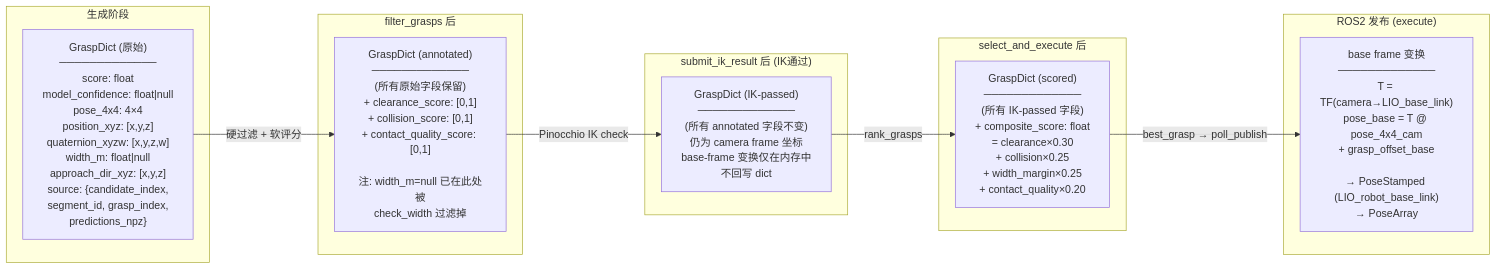
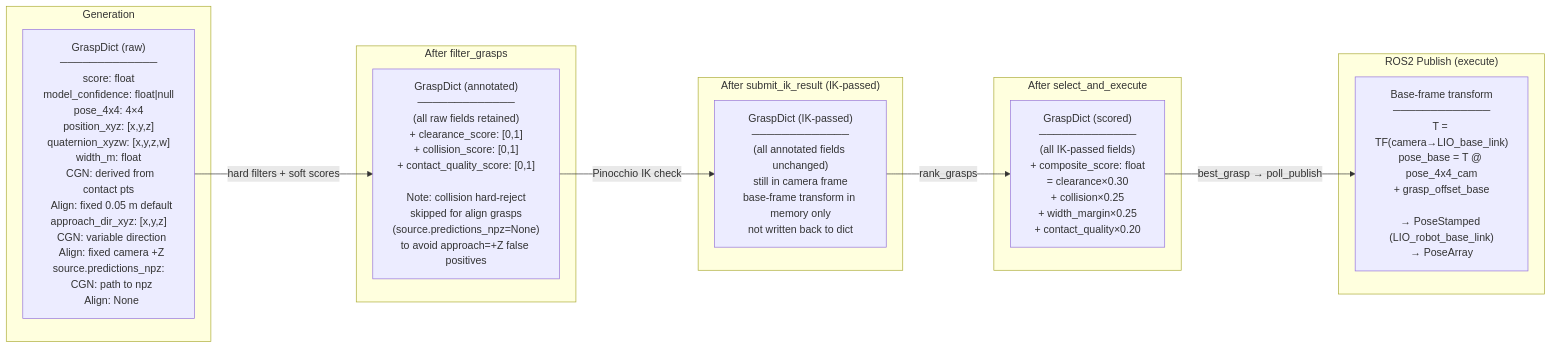
The third of 3 diagrams in doc/system_diagrams.md (ZenWang00/vla-grasp-server), drawn with Mermaid before and after one commit. The commit also changed other lines of this file, not shown here.

First line of the commit message:
Update system_diagrams.md: translate to English, reflect recent changes

````diff
--- a/doc/system_diagrams.md
+++ b/doc/system_diagrams.md
@@ -202,27 +194,27 @@
 ```mermaid
 flowchart LR
-    subgraph GEN["生成阶段"]
-        G1["GraspDict (原始)\n─────────────\nscore: float\nmodel_confidence: float|null\npose_4x4: 4×4\nposition_xyz: [x,y,z]\nquaternion_xyzw: [x,y,z,w]\nwidth_m: float|null\napproach_dir_xyz: [x,y,z]\nsource: {candidate_index,\n  segment_id, grasp_index,\n  predictions_npz}"]
+    subgraph GEN["Generation"]
+        G1["GraspDict (raw)\n─────────────\nscore: float\nmodel_confidence: float|null\npose_4x4: 4×4\nposition_xyz: [x,y,z]\nquaternion_xyzw: [x,y,z,w]\nwidth_m: float\n  CGN: derived from contact pts\n  Align: fixed 0.05 m default\napproach_dir_xyz: [x,y,z]\n  CGN: variable direction\n  Align: fixed camera +Z\nsource.predictions_npz:\n  CGN: path to npz\n  Align: None"]
     end
 
-    subgraph FILT["filter_grasps 后"]
-        F1["GraspDict (annotated)\n─────────────\n(所有原始字段保留)\n+ clearance_score: [0,1]\n+ collision_score: [0,1]\n+ contact_quality_score: [0,1]\n\n注: width_m=null 已在此处被\ncheck_width 过滤掉"]
+    subgraph FILT["After filter_grasps"]
+        F1["GraspDict (annotated)\n─────────────\n(all raw fields retained)\n+ clearance_score: [0,1]\n+ collision_score: [0,1]\n+ contact_quality_score: [0,1]\n\nNote: collision hard-reject\nskipped for align grasps\n(source.predictions_npz=None)\nto avoid approach=+Z false positives"]
     end
 
-    subgraph IKP["submit_ik_result 后 (IK通过)"]
-        I1["GraspDict (IK-passed)\n─────────────\n(所有 annotated 字段不变)\n仍为 camera frame 坐标\nbase-frame 变换仅在内存中\n不回写 dict"]
+    subgraph IKP["After submit_ik_result (IK-passed)"]
+        I1["GraspDict (IK-passed)\n─────────────\n(all annotated fields unchanged)\nstill in camera frame\nbase-frame transform in memory only\nnot written back to dict"]
     end
 
-    subgraph SCR["select_and_execute 后"]
-        S1["GraspDict (scored)\n─────────────\n(所有 IK-passed 字段)\n+ composite_score: float\n  = clearance×0.30\n  + collision×0.25\n  + width_margin×0.25\n  + contact_quality×0.20"]
+    subgraph SCR["After select_and_execute"]
+        S1["GraspDict (scored)\n─────────────\n(all IK-passed fields)\n+ composite_score: float\n  = clearance×0.30\n  + collision×0.25\n  + width_margin×0.25\n  + contact_quality×0.20"]
     end
 
-    subgraph PUB["ROS2 发布 (execute)"]
-        P1["base frame 变换\n─────────────\nT = TF(camera→LIO_base_link)\npose_base = T @ pose_4x4_cam\n+ grasp_offset_base\n\n→ PoseStamped (LIO_robot_base_link)\n→ PoseArray"]
+    subgraph PUB["ROS2 Publish (execute)"]
+        P1["Base-frame transform\n─────────────\nT = TF(camera→LIO_base_link)\npose_base = T @ pose_4x4_cam\n+ grasp_offset_base\n\n→ PoseStamped (LIO_robot_base_link)\n→ PoseArray"]
     end
 
-    G1 -->|硬过滤 + 软评分| F1
+    G1 -->|hard filters + soft scores| F1
     F1 -->|Pinocchio IK check| I1
     I1 -->|rank_grasps| S1
     S1 -->|best_grasp → poll_publish| P1
 ```
````
